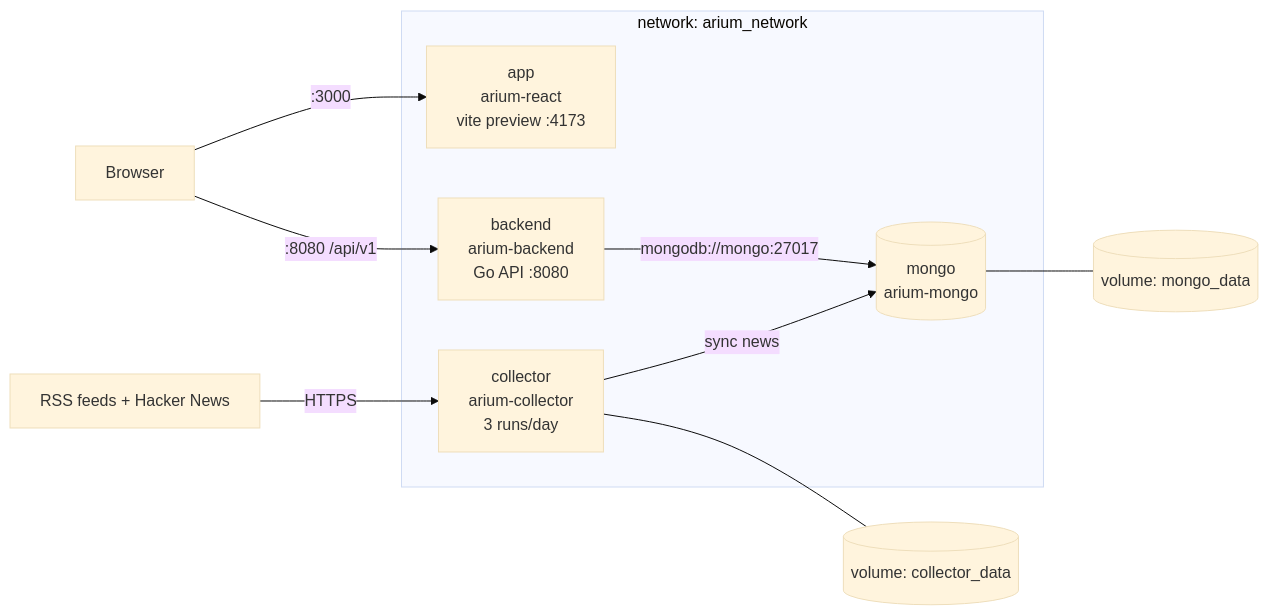
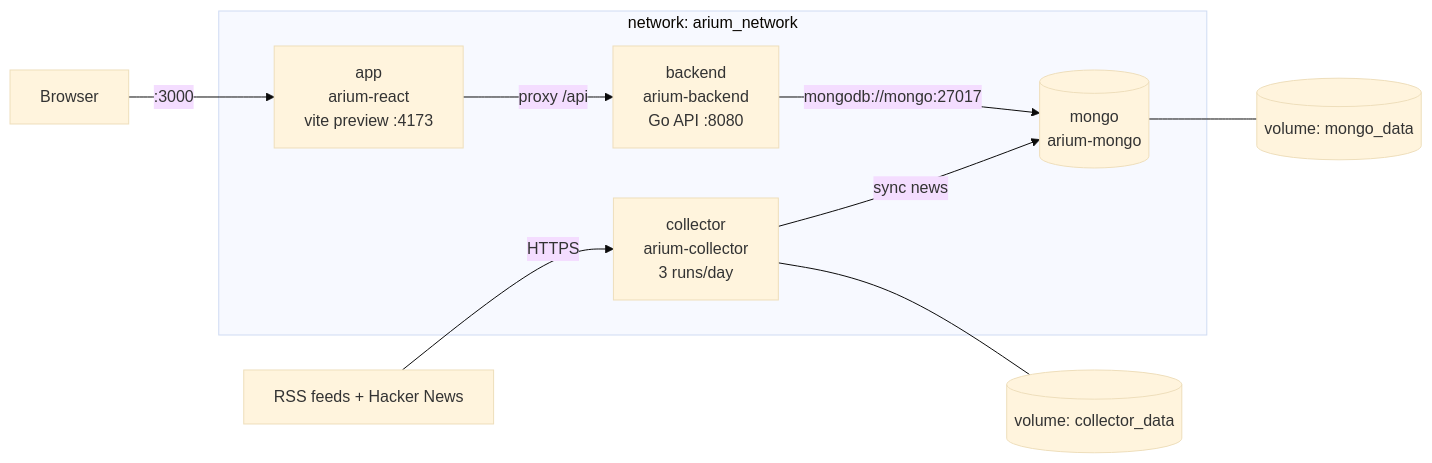
One commit to fmolinar/arium changed the diagram in devops/docker/README.md. Above: the diagram before and after it, drawn with Mermaid (base theme). The commit also changed other lines of this file and 6 other files, not shown here.

````diff
--- a/devops/docker/README.md
+++ b/devops/docker/README.md
@@ -8,18 +8,18 @@
 ```mermaid
 flowchart LR
     user["Browser"] -- ":3000" --> app["app<br/>arium-react<br/>vite preview :4173"]
-    user -- ":8080 /api/v1" --> backend["backend<br/>arium-backend<br/>Go API :8080"]
+    app -- "proxy /api" --> backend["backend<br/>arium-backend<br/>Go API :8080"]
     backend -- "mongodb://mongo:27017" --> mongo[("mongo<br/>arium-mongo")]
     mongo --- mongoVol[("volume: mongo_data")]
 
     internet["RSS feeds + Hacker News"] -- "HTTPS" --> collector["collector<br/>arium-collector<br/>3 runs/day"]
     collector --- colVol[("volume: collector_data")]
     collector -- "sync news" --> mongo
 
     subgraph net ["network: arium_network"]
         app
         backend
         mongo
         collector
     end
 ```
````
